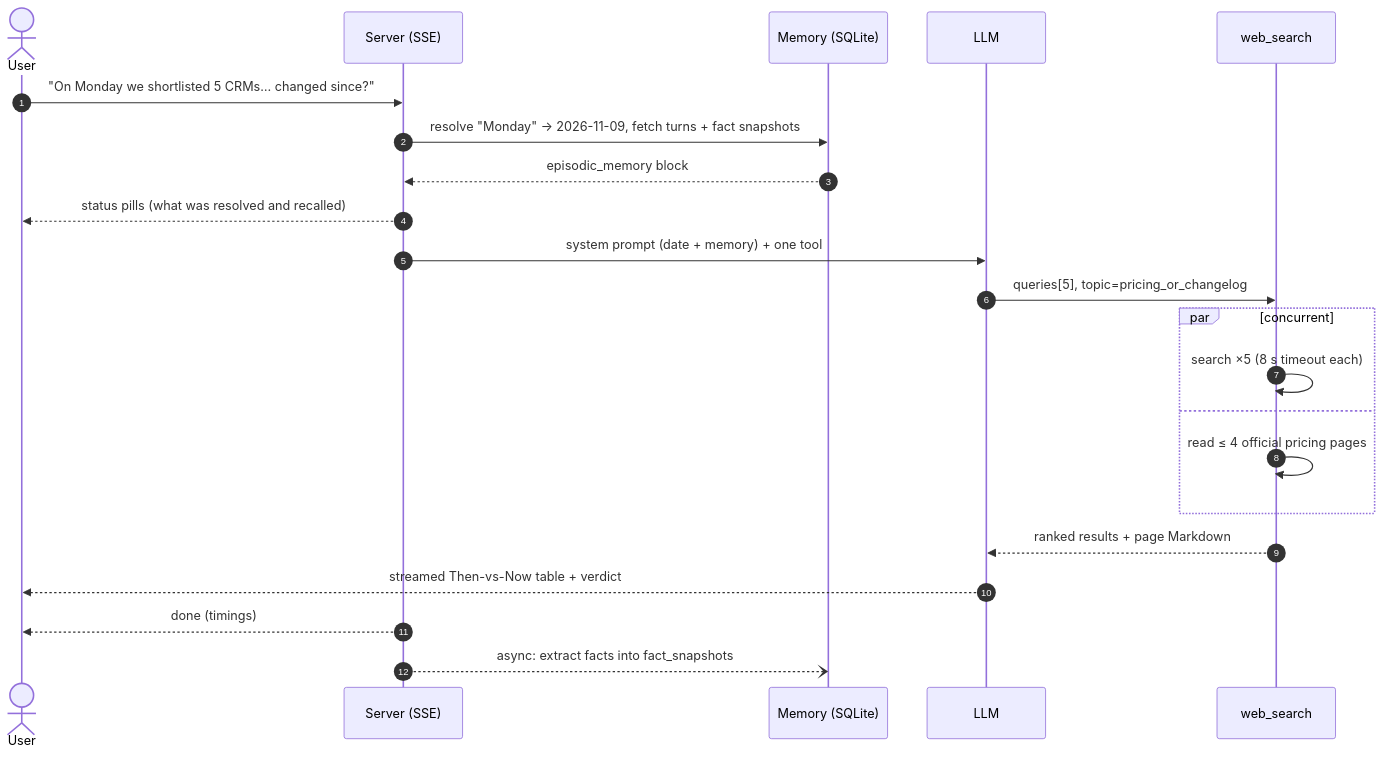
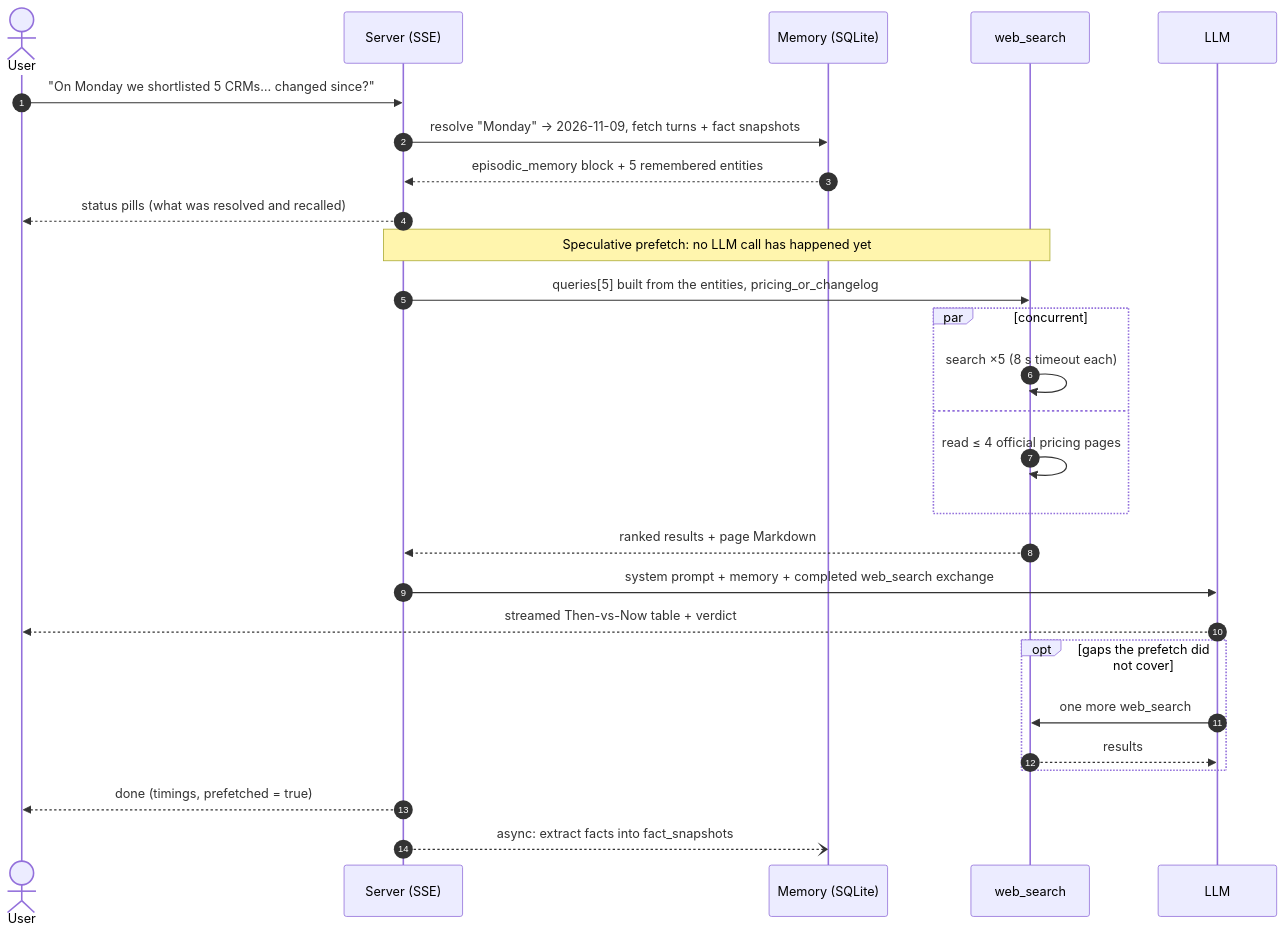
The first of 3 diagrams in DESIGN.md (Ayush277/kairo), drawn with Mermaid before and after one commit. The commit also changed other lines of this file and 11 other files, not shown here.

Commit message:
Add speculative prefetch: run the batched search from remembered entities before the first model call

````diff
--- a/DESIGN.md
+++ b/DESIGN.md
@@ -27,24 +28,29 @@
 ```mermaid
 sequenceDiagram
     autonumber
     actor U as User
     participant S as Server (SSE)
     participant M as Memory (SQLite)
+    participant W as web_search
     participant L as LLM
-    participant W as web_search
     U->>S: "On Monday we shortlisted 5 CRMs… changed since?"
     S->>M: resolve "Monday" → 2026-11-09, fetch turns + fact snapshots
-    M-->>S: episodic_memory block
+    M-->>S: episodic_memory block + 5 remembered entities
     S-->>U: status pills (what was resolved and recalled)
-    S->>L: system prompt (date + memory) + one tool
-    L->>W: queries[5], topic=pricing_or_changelog
+    Note over S,W: Speculative prefetch: no LLM call has happened yet
+    S->>W: queries[5] built from the entities, pricing_or_changelog
     par concurrent
         W->>W: search ×5 (8 s timeout each)
     and
         W->>W: read ≤ 4 official pricing pages
     end
-    W-->>L: ranked results + page Markdown
+    W-->>S: ranked results + page Markdown
+    S->>L: system prompt + memory + completed web_search exchange
     L-->>U: streamed Then-vs-Now table + verdict
-    S-->>U: done (timings)
+    opt gaps the prefetch did not cover
+        L->>W: one more web_search
+        W-->>L: results
+    end
+    S-->>U: done (timings, prefetched = true)
     S--)M: async: extract facts into fact_snapshots
 ```
````
